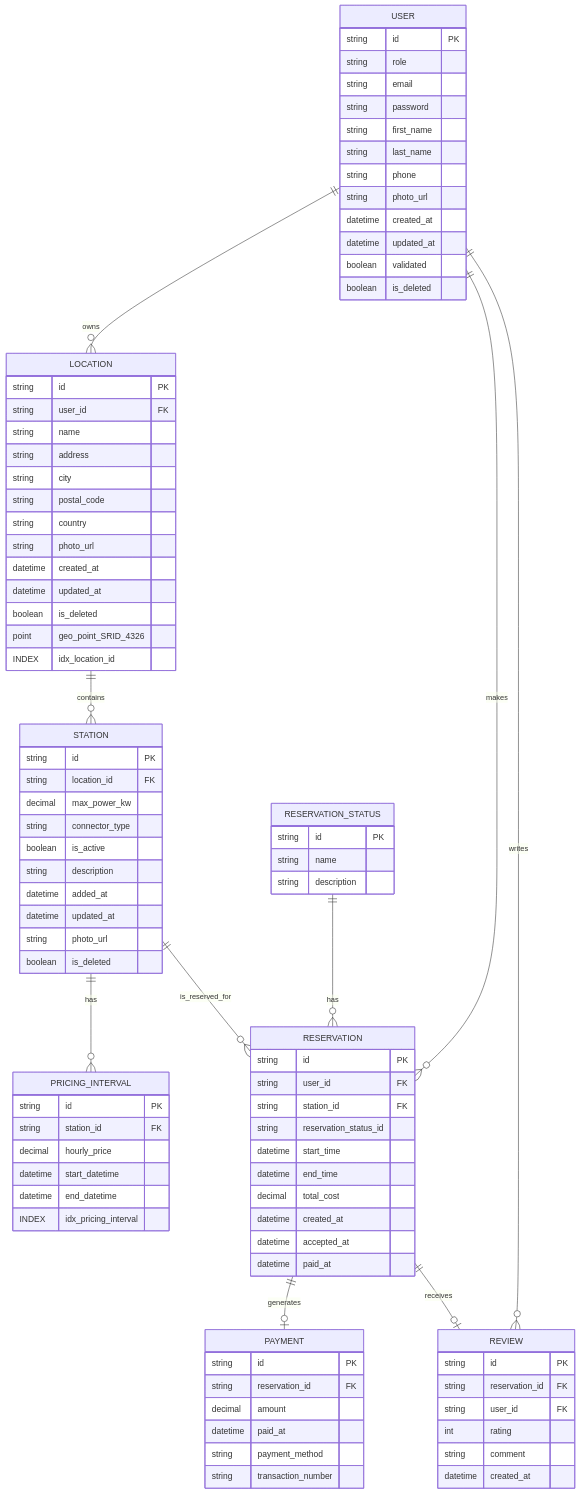
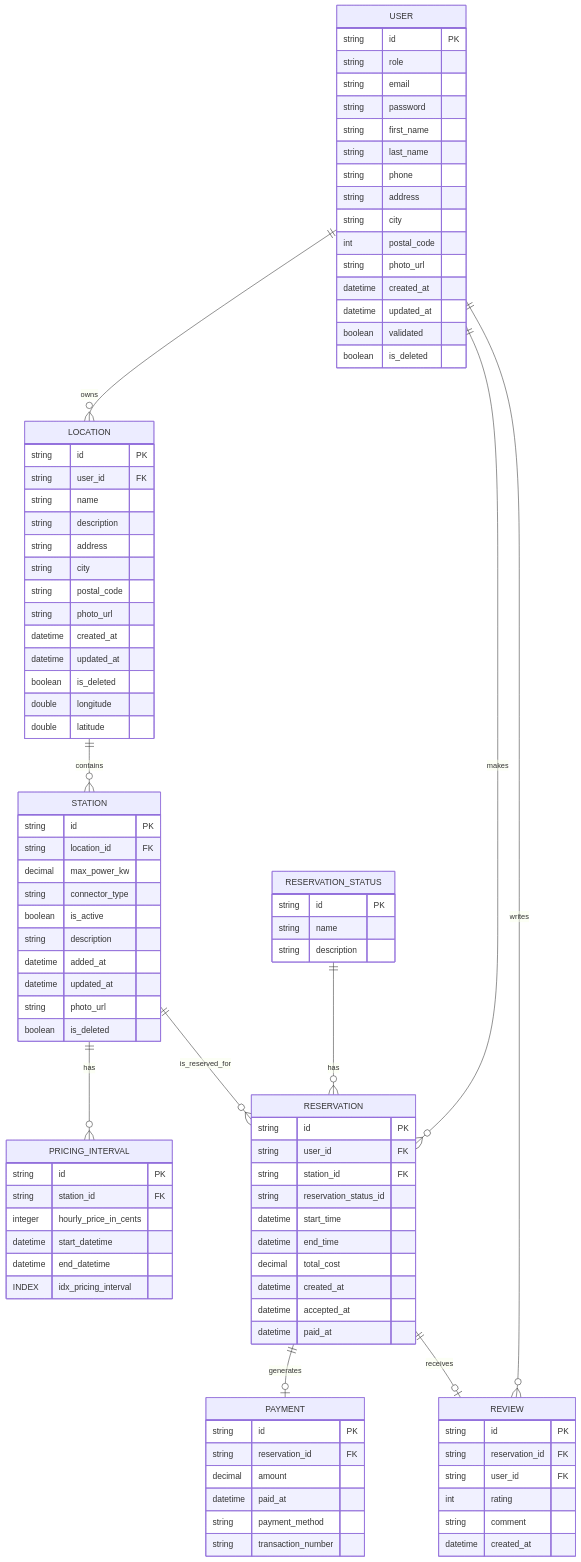
One commit to timlapov/vavapi changed the diagram in DataBaseDiagram.md. Above: the diagram before and after it, drawn with Mermaid. The commit also changed 11 other files, not shown here.

```diff
--- a/DataBaseDiagram.md
+++ b/DataBaseDiagram.md
@@ -82,6 +82,9 @@
         string first_name
         string last_name
         string phone
+        string address
+        string city
+        int postal_code
         string photo_url
         datetime created_at
         datetime updated_at
@@ -93,16 +96,16 @@
         string id PK
         string user_id FK
         string name
+        string description
         string address
         string city
         string postal_code
-        string country
         string photo_url
         datetime created_at
         datetime updated_at
         boolean is_deleted
-        point geo_point_SRID_4326
-        INDEX idx_location_id
+        double longitude
+        double latitude
     }
 
     STATION {
@@ -121,7 +124,7 @@
     PRICING_INTERVAL {
         string id PK
         string station_id FK
-        decimal hourly_price
+        integer hourly_price_in_cents
         datetime start_datetime
         datetime end_datetime
         INDEX idx_pricing_interval
```
